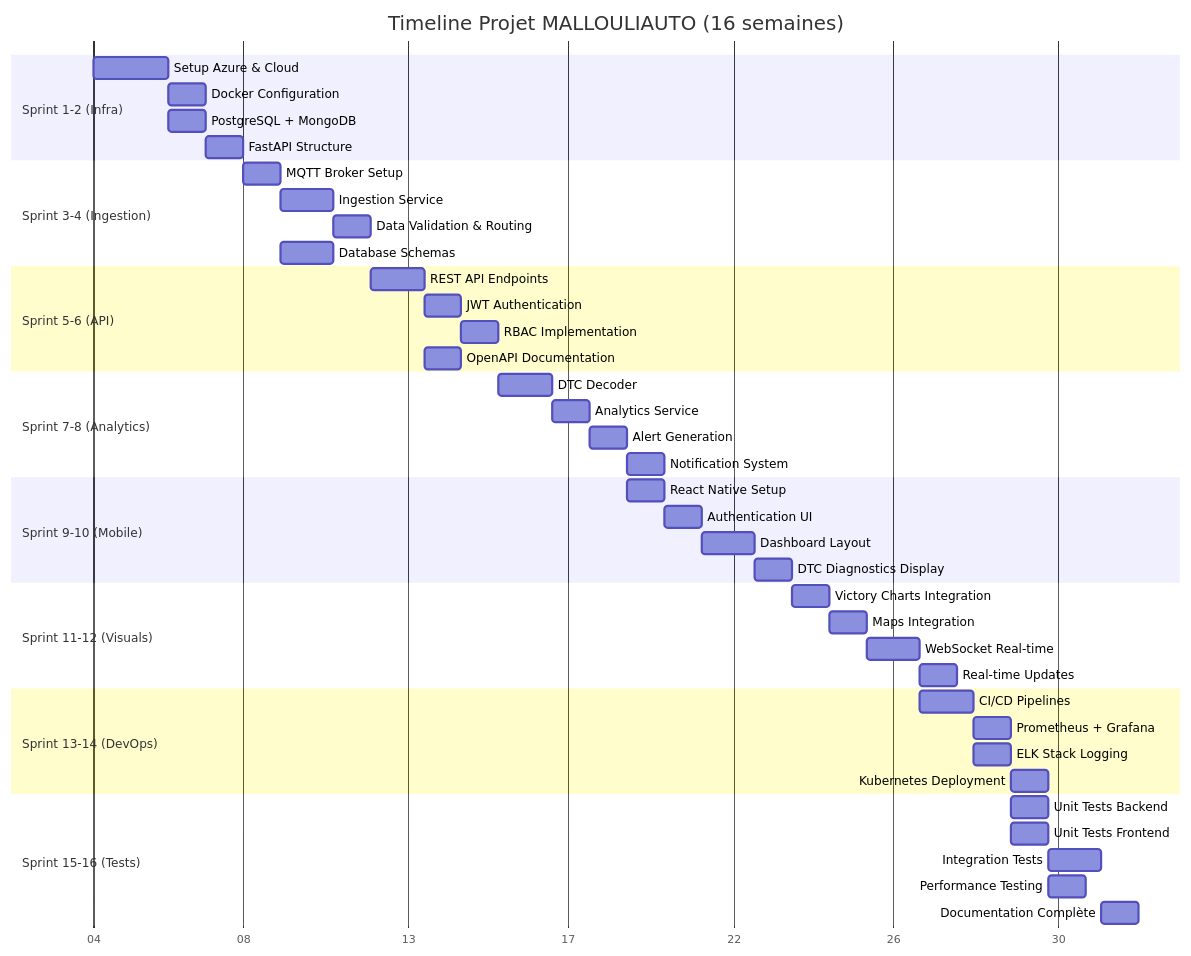
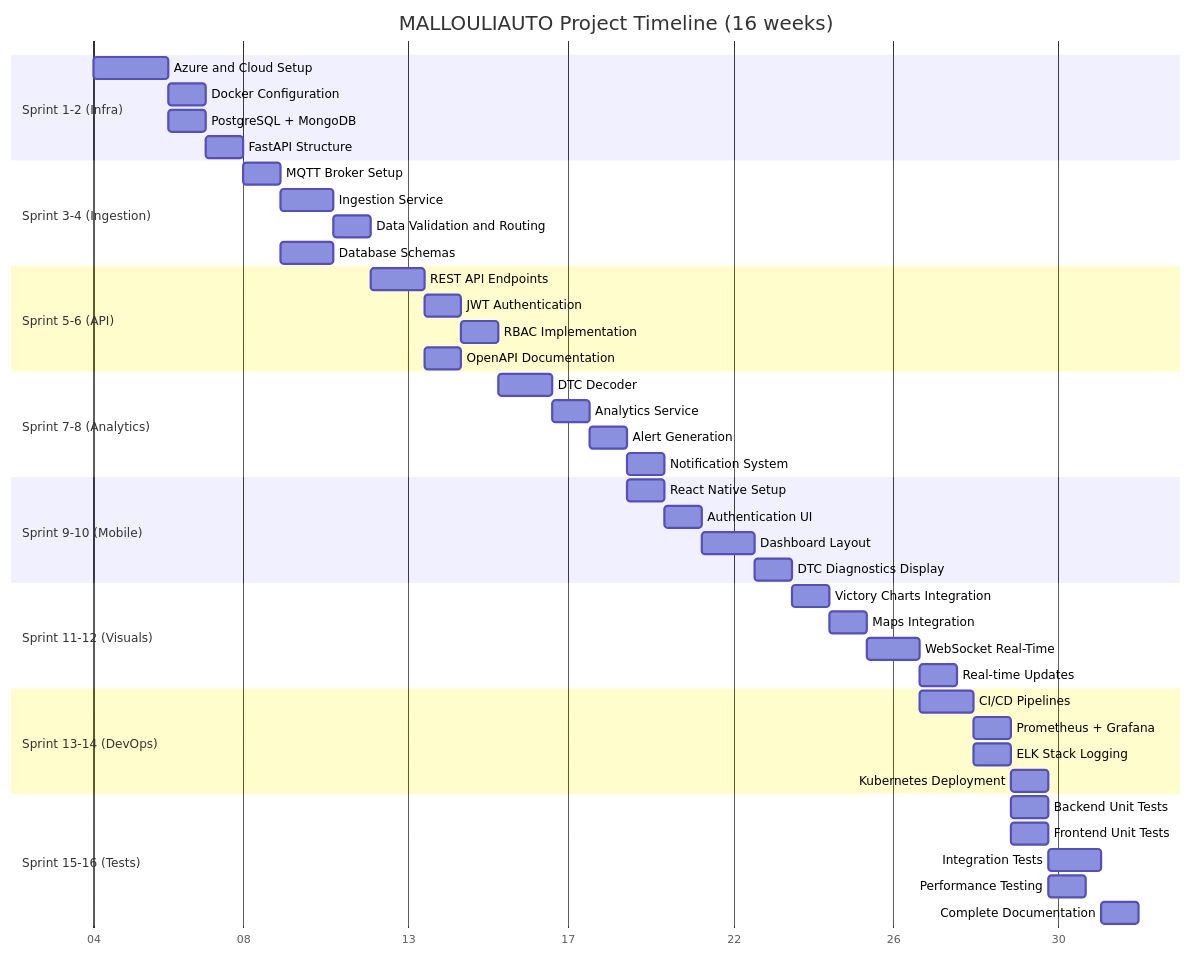
The second of 7 diagrams in docs/design_auto_diagnostic_platform.md (imenmallouli/deploy), drawn with Mermaid before and after one commit. The commit also changed other lines of this file and 2 other files, not shown here.

````diff
--- a/docs/design_auto_diagnostic_platform.md
+++ b/docs/design_auto_diagnostic_platform.md
@@ -624,55 +624,55 @@
 ```mermaid
 gantt
-    title Timeline Projet MALLOULIAUTO (16 semaines)
+    title MALLOULIAUTO Project Timeline (16 weeks)
     dateFormat YYYY-MM-DD
     axisFormat %W
     
     section Sprint 1-2 (Infra)
-    Setup Azure & Cloud         :a1, 2026-02-01, 14d
+    Azure and Cloud Setup       :a1, 2026-02-01, 14d
     Docker Configuration        :a2, after a1, 7d
     PostgreSQL + MongoDB        :a3, after a1, 7d
     FastAPI Structure           :a4, after a2, 7d
     
     section Sprint 3-4 (Ingestion)
     MQTT Broker Setup           :b1, after a4, 7d
     Ingestion Service           :b2, after b1, 10d
-    Data Validation & Routing   :b3, after b2, 7d
+    Data Validation and Routing :b3, after b2, 7d
     Database Schemas            :b4, after b1, 10d
     
     section Sprint 5-6 (API)
     REST API Endpoints          :c1, after b3, 10d
     JWT Authentication          :c2, after c1, 7d
     RBAC Implementation         :c3, after c2, 7d
     OpenAPI Documentation       :c4, after c1, 7d
     
     section Sprint 7-8 (Analytics)
     DTC Decoder                 :d1, after c3, 10d
     Analytics Service           :d2, after d1, 7d
     Alert Generation            :d3, after d2, 7d
     Notification System         :d4, after d3, 7d
     
     section Sprint 9-10 (Mobile)
     React Native Setup          :e1, after d3, 7d
     Authentication UI           :e2, after e1, 7d
     Dashboard Layout            :e3, after e2, 10d
     DTC Diagnostics Display     :e4, after e3, 7d
     
     section Sprint 11-12 (Visuals)
     Victory Charts Integration  :f1, after e4, 7d
     Maps Integration            :f2, after f1, 7d
-    WebSocket Real-time         :f3, after f2, 10d
+    WebSocket Real-Time         :f3, after f2, 10d
     Real-time Updates           :f4, after f3, 7d
     
     section Sprint 13-14 (DevOps)
     CI/CD Pipelines             :g1, after f3, 10d
     Prometheus + Grafana        :g2, after g1, 7d
     ELK Stack Logging           :g3, after g1, 7d
     Kubernetes Deployment       :g4, after g2, 7d
     
     section Sprint 15-16 (Tests)
-    Unit Tests Backend          :h1, after g3, 7d
-    Unit Tests Frontend         :h2, after g3, 7d
+    Backend Unit Tests          :h1, after g3, 7d
+    Frontend Unit Tests         :h2, after g3, 7d
     Integration Tests           :h3, after h1, 10d
     Performance Testing         :h4, after h2, 7d
-    Documentation Complète      :h5, after h3, 7d
+    Complete Documentation      :h5, after h3, 7d
 ```
````
